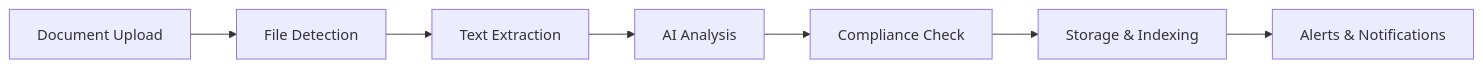
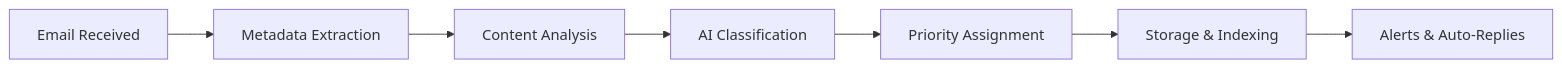
One commit to taskprovision/hubmail changed the diagram in docs/user-guide.md. Above: the diagram before and after it, drawn with Mermaid. The commit also changed other lines of this file and 6 other files, not shown here.

````diff
--- a/docs/user-guide.md
+++ b/docs/user-guide.md
@@ -103,9 +112,9 @@
 ```mermaid
 graph LR
-    A[Document Upload] --> B[File Detection]
-    B --> C[Text Extraction]
-    C --> D[AI Analysis]
-    D --> E[Compliance Check]
+    A[Email Received] --> B[Metadata Extraction]
+    B --> C[Content Analysis]
+    C --> D[AI Classification]
+    D --> E[Priority Assignment]
     E --> F[Storage & Indexing]
-    F --> G[Alerts & Notifications]
+    F --> G[Alerts & Auto-Replies]
 ```
````
